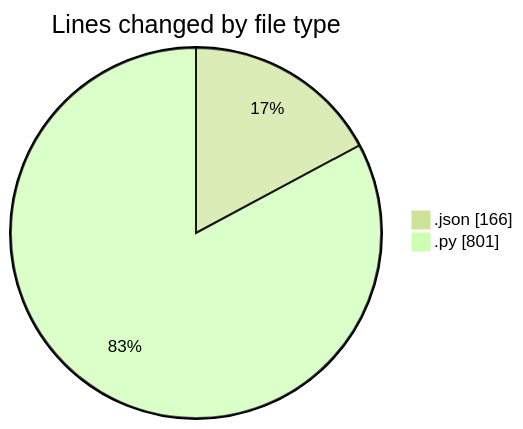
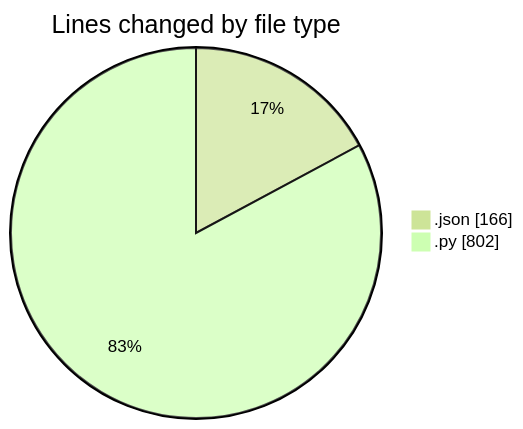
Before and after one commit to MatusMokan/code-tracking: the first of 2 diagrams in 2025-11-14/untitled__workspace_/README.md, drawn with Mermaid (forest theme). The commit also changed other lines of this file and 1 other file, not shown here.

````diff
--- a/2025-11-14/untitled__workspace_/README.md
+++ b/2025-11-14/untitled__workspace_/README.md
@@ -23,6 +23,6 @@
 ```mermaid
 pie showData
 title Lines changed by file type
 ".json" : 166
-".py" : 801
+".py" : 802
 ```
````
